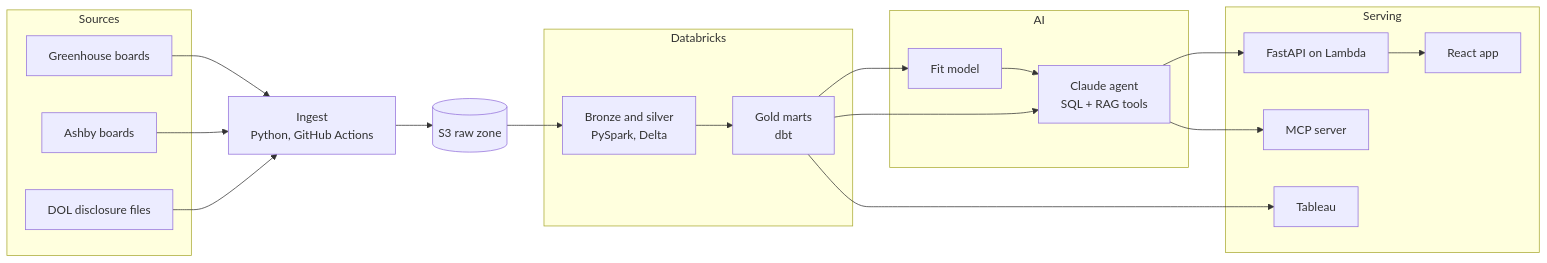
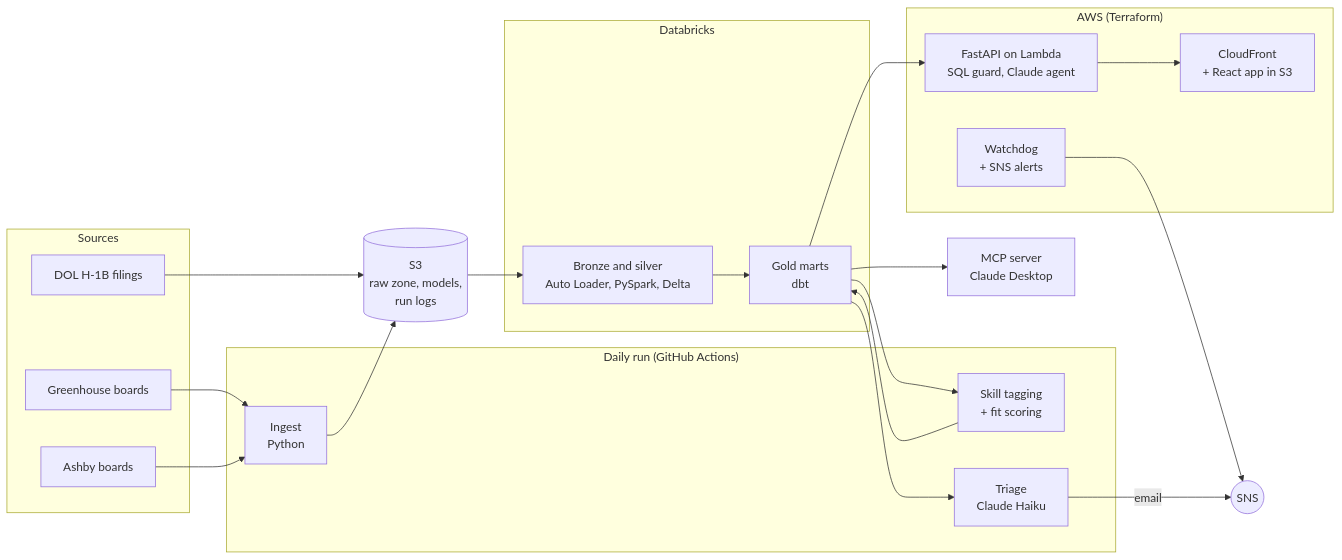
Before and after one commit to ajinkyadesai-git/job-radar: the diagram in README.md, drawn with Mermaid. The commit also changed other lines of this file and 11 other files, not shown here.

````diff
--- a/README.md
+++ b/README.md
@@ -26,32 +47,33 @@
 ```mermaid
 flowchart LR
   subgraph Sources
     GH[Greenhouse boards]
     AB[Ashby boards]
-    DOL[DOL disclosure files]
+    DOL[DOL H-1B filings]
   end
-  ING[Ingest<br/>Python, GitHub Actions]
-  S3[(S3 raw zone)]
+  subgraph Daily["Daily run (GitHub Actions)"]
+    ING[Ingest<br/>Python]
+    SKI[Skill tagging<br/>+ fit scoring]
+    TRI[Triage<br/>Claude Haiku]
+  end
+  S3[(S3<br/>raw zone, models,<br/>run logs)]
   subgraph Databricks
-    SLV[Bronze and silver<br/>PySpark, Delta]
+    BRZ[Bronze and silver<br/>Auto Loader, PySpark, Delta]
     GLD[Gold marts<br/>dbt]
   end
-  subgraph AI
-    FIT[Fit model]
-    AGT[Claude agent<br/>SQL + RAG tools]
+  subgraph AWS["AWS (Terraform)"]
+    API[FastAPI on Lambda<br/>SQL guard, Claude agent]
+    CF[CloudFront<br/>+ React app in S3]
+    WD[Watchdog<br/>+ SNS alerts]
   end
-  subgraph Serving
-    API[FastAPI on Lambda]
-    WEB[React app]
-    MCP[MCP server]
-    TAB[Tableau]
-  end
+  MCP[MCP server<br/>Claude Desktop]
   GH --> ING
   AB --> ING
-  DOL --> ING
-  ING --> S3 --> SLV --> GLD
-  GLD --> FIT --> AGT
-  GLD --> AGT --> API --> WEB
-  AGT --> MCP
-  GLD --> TAB
+  DOL --> S3
+  ING --> S3 --> BRZ --> GLD
+  GLD --> SKI --> GLD
+  GLD --> TRI -->|email| SNS((SNS))
+  GLD --> API --> CF
+  GLD --> MCP
+  WD --> SNS
 ```
````
